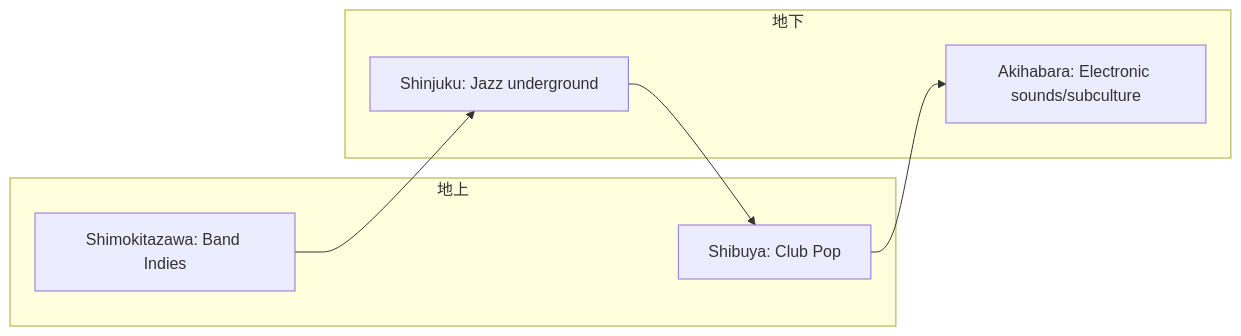
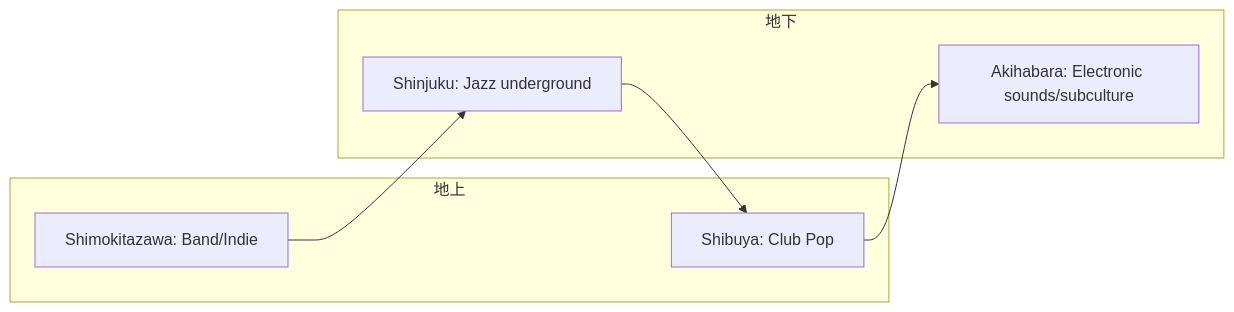
One commit to monumental-movement/monumental-movement.github.io changed the second of 2 diagrams in en/_posts/2025-10-23-column-tokyo-sound-layers.md. Above: the diagram before and after it, drawn with Mermaid. The commit also changed other lines of this file and 471 other files, not shown here.

```diff
--- a/en/_posts/2025-10-23-column-tokyo-sound-layers.md
+++ b/en/_posts/2025-10-23-column-tokyo-sound-layers.md
@@ -152,17 +152,17 @@
 <div class="mermaid">
 
 graph LR
     subgraph 地上
         Shibuya["Shibuya: Club Pop"]
-        Shimokita["Shimokitazawa: Band Indies"]
+        Shimokita["Shimokitazawa: Band/Indie"]
     end
     subgraph 地下
         Shinjuku["Shinjuku: Jazz underground"]
         Akiba["Akihabara: Electronic sounds/subculture"]
     end
 
     Shibuya --> Akiba
     Shimokita --> Shinjuku
     Shinjuku --> Shibuya
 
 </div>
```
